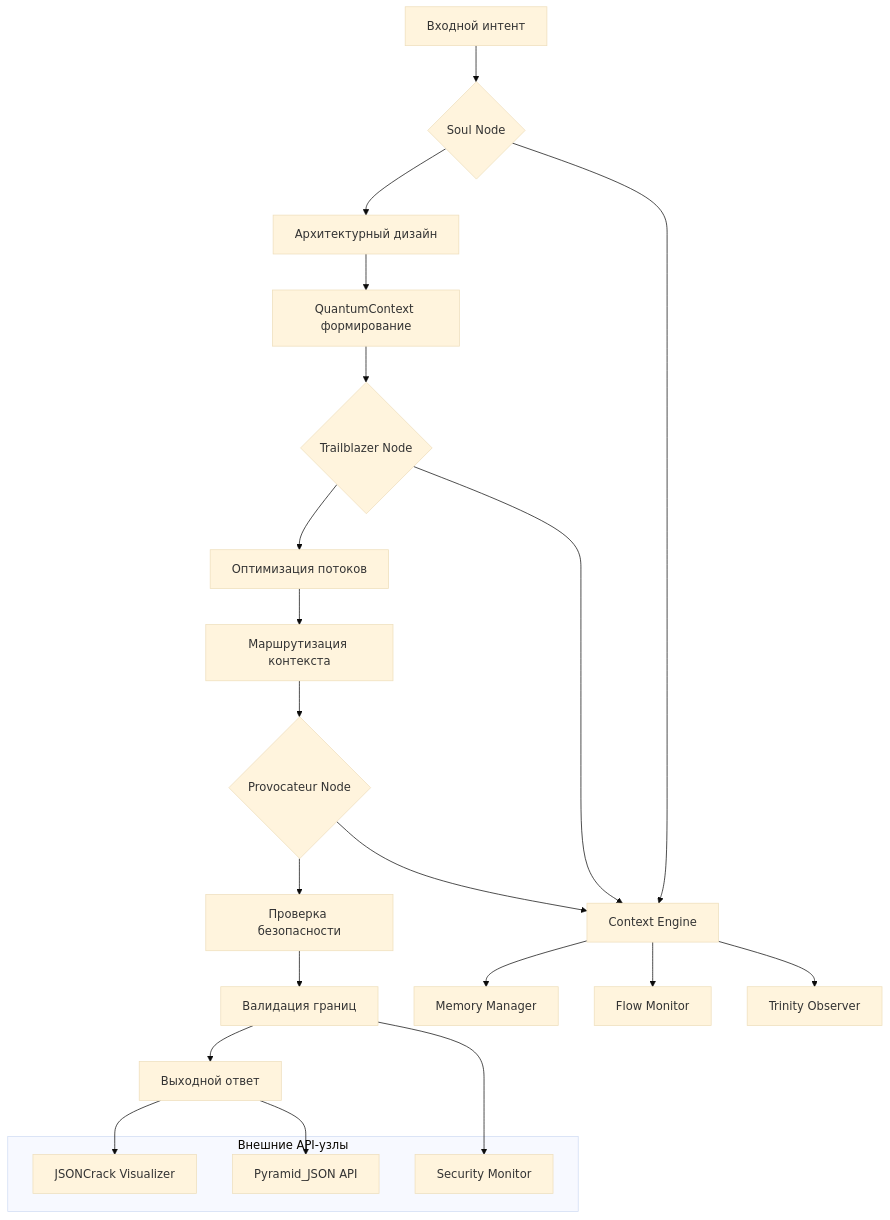
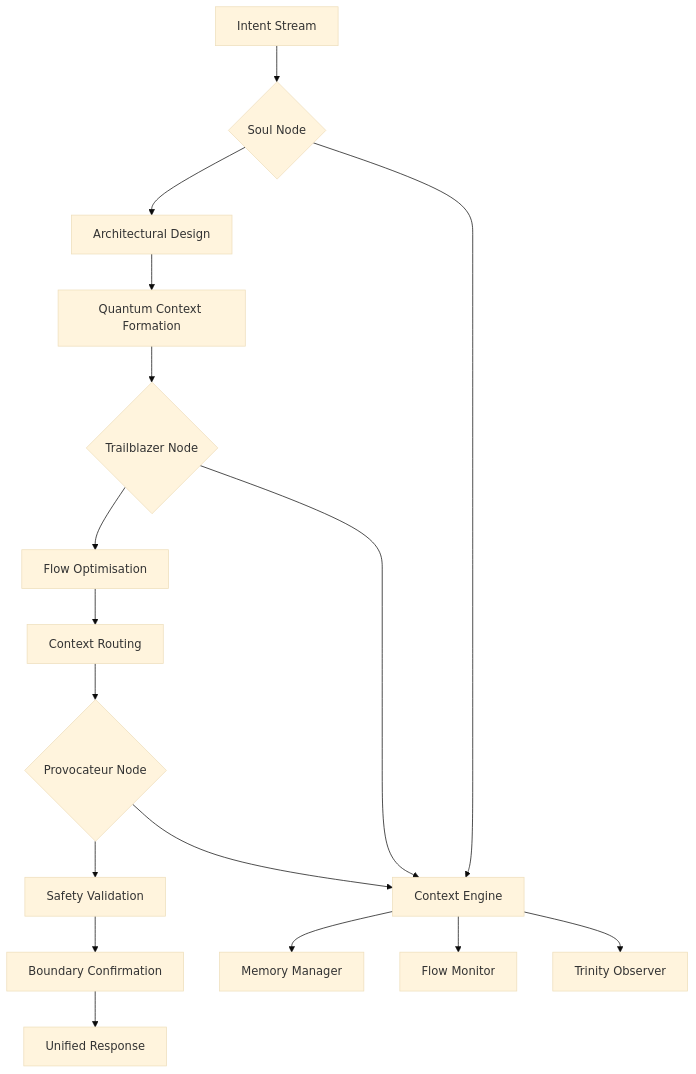
Before and after one commit to AleeexTk/evopyramid-ai: the diagram in docs/ARCHITECTURE.md, drawn with Mermaid (base theme). The commit also changed other lines of this file and 27 other files, not shown here.

````diff
--- a/docs/ARCHITECTURE.md
+++ b/docs/ARCHITECTURE.md
@@ -30,30 +9,20 @@
 ```mermaid
 graph TB
-    A[Входной интент] --> B{Soul Node}
-    B --> C[Архитектурный дизайн]
-    C --> D[QuantumContext формирование]
+    A[Intent Stream] --> B{Soul Node}
+    B --> C[Architectural Design]
+    C --> D[Quantum Context Formation]
     D --> E{Trailblazer Node}
-    E --> F[Оптимизация потоков]
-    F --> G[Маршрутизация контекста]
+    E --> F[Flow Optimisation]
+    F --> G[Context Routing]
     G --> H{Provocateur Node}
-    H --> I[Проверка безопасности]
-    I --> J[Валидация границ]
-    J --> K[Выходной ответ]
-    
+    H --> I[Safety Validation]
+    I --> J[Boundary Confirmation]
+    J --> K[Unified Response]
+
     B --> L[Context Engine]
     E --> L
     H --> L
     L --> M[Memory Manager]
     L --> N[Flow Monitor]
     L --> O[Trinity Observer]
-    
-    subgraph "Внешние API-узлы"
-        P[JSONCrack Visualizer]
-        Q[Pyramid_JSON API]
-        R[Security Monitor]
-    end
-    
-    K --> P
-    K --> Q
-    J --> R
 ```
````
